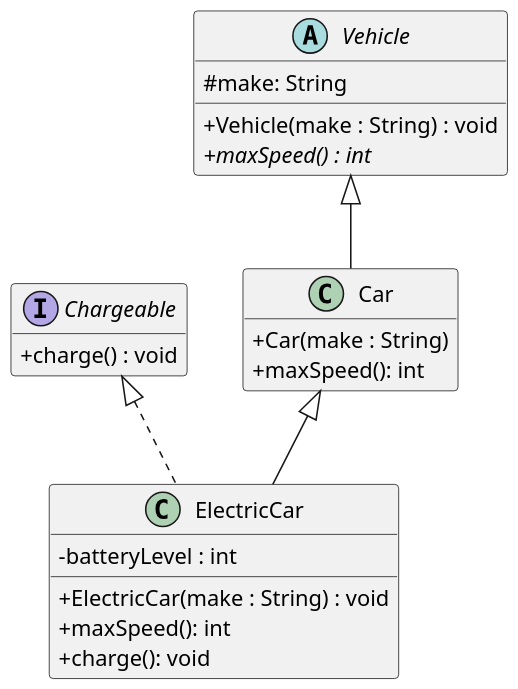
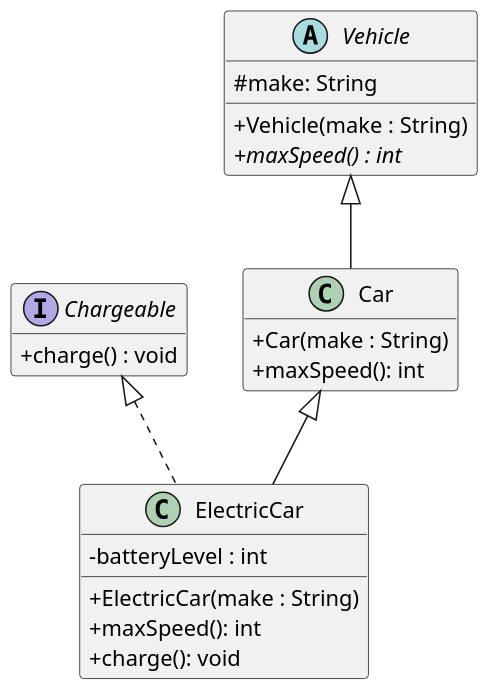
One commit to ChristianCav/207-course-notes changed the diagram in plantuml/exercises/vehicles-uml-starter.puml. Above: the diagram before and after it, drawn with PlantUML.

Commit message:
small fixes to UML

```diff
--- a/plantuml/exercises/vehicles-uml-starter.puml
+++ b/plantuml/exercises/vehicles-uml-starter.puml
@@ -1,52 +1,52 @@
 @startuml
 skinparam dpi 150
 skinparam classAttributeIconSize 0
 hide empty members
 
 ' Your task (Chapter 3, Question 2): draw the UML class diagram for the
 ' Vehicle / Car / ElectricCar / Chargeable code.
 '
 ' Define each type as a box, then connect them with the right arrows. One box
 ' (Chargeable) is filled in as an example — complete the other three and add the
 ' relationships.
 '
 ' PlantUML cheat-sheet:
 '   interface Name { + method() : Type }
 '   abstract class Name { # field : Type }
 '   class Name { - field : Type }
 '   Parent    <|-- Child    ' generalization: Child extends Parent
 '   Interface <|.. Class    ' realization:    Class implements Interface
 ' (Putting the parent/interface on the LEFT of the arrow keeps it on top.)
 
 interface Chargeable {
   + charge() : void
 }
 
 ' TODO: add "abstract class Vehicle", "class Car", and "class ElectricCar"
 '       (with their fields and methods), then add the arrows between all four
 '       types.
 
 abstract class Vehicle {
   # make: String
-  + Vehicle(make : String) : void
+  + Vehicle(make : String)
   + {abstract} maxSpeed() : int
 }
 
 class Car {
     + Car(make : String)
     + maxSpeed(): int
 }
 
 class ElectricCar {
  - batteryLevel : int
- + ElectricCar(make : String) : void
+ + ElectricCar(make : String)
  + maxSpeed(): int
  + charge(): void
 }
 
 Vehicle <|-- Car
 Car <|-- ElectricCar
 Chargeable <|.. ElectricCar
 
 
 @enduml
```
